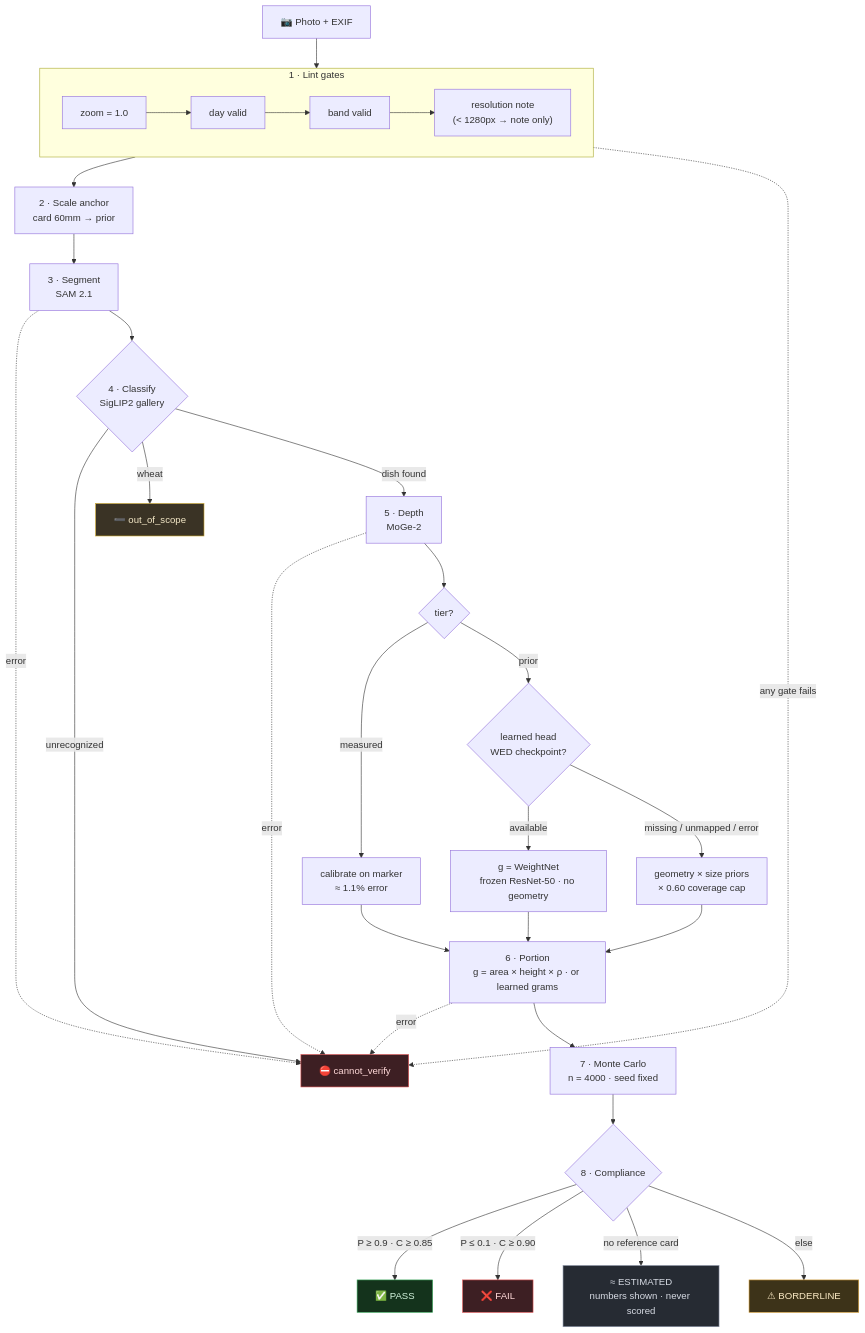
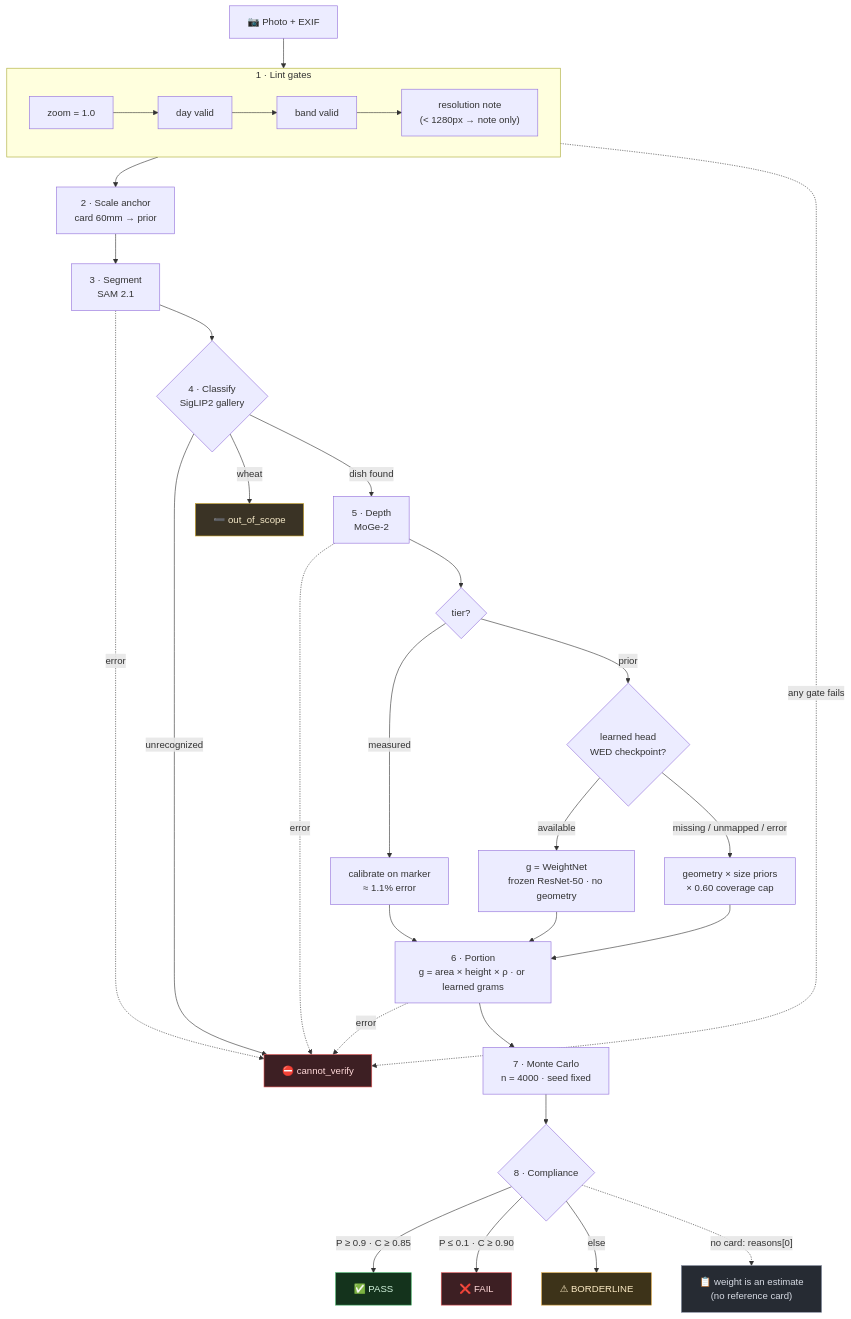
Before and after one commit to Lion4467cat/NutriSense: the diagram in docs/pipeline-test-report.md, drawn with Mermaid. The commit also changed other lines of this file and 23 other files, not shown here.

Commit message:
Graduate no-card plates: scored verdicts with a leading no-reference-card estimate disclaimer (coverage estimated_weight 0.90 vs geometry 0.60), digest 7d3431caec4b (ADR 0002 amendment)

````diff
--- a/docs/pipeline-test-report.md
+++ b/docs/pipeline-test-report.md
@@ -90,50 +99,50 @@
 ```mermaid
 flowchart TD
     IMG["📷 Photo + EXIF"] --> L1
 
     subgraph LINT["1 · Lint gates"]
         direction LR
         L1["zoom = 1.0"] --> L2["day valid"] --> L3["band valid"] --> L4["resolution note<br/>(< 1280px → note only)"]
     end
 
     LINT -.->|"any gate fails"| CV["⛔ cannot_verify"]
     L4 --> A["2 · Scale anchor<br/>card 60mm → prior"]
 
     A --> SEG["3 · Segment<br/>SAM 2.1"]
     SEG -.->|error| CV
     SEG --> CLS{"4 · Classify<br/>SigLIP2 gallery"}
 
     CLS -->|"unrecognized"| CV
     CLS -->|wheat| OOS["➖ out_of_scope"]
     CLS -->|"dish found"| DEPTH["5 · Depth<br/>MoGe-2"]
 
     DEPTH -.->|error| CV
     DEPTH --> TIER{"tier?"}
     TIER -->|measured| CAL["calibrate on marker<br/>≈ 1.1% error"]
     TIER -->|prior| HEAD{"learned head<br/>WED checkpoint?"}
     HEAD -->|available| LEARN["g = WeightNet<br/>frozen ResNet-50 · no geometry"]
     HEAD -->|missing / unmapped / error| SKIP["geometry × size priors<br/>× 0.60 coverage cap"]
     LEARN --> PORT
     SKIP --> PORT
     CAL --> PORT["6 · Portion<br/>g = area × height × ρ · or learned grams"]
     PORT -.->|error| CV
     PORT --> MC["7 · Monte Carlo<br/>n = 4000 · seed fixed"]
 
     MC --> VER{"8 · Compliance"}
     VER -->|"P ≥ 0.9 · C ≥ 0.85"| PASS["✅ PASS"]
     VER -->|"P ≤ 0.1 · C ≥ 0.90"| FAIL["❌ FAIL"]
-    VER -->|no reference card| EST["≈ ESTIMATED<br/>numbers shown · never scored"]
     VER -->|else| BORD["⚠ BORDERLINE"]
+    VER -.->|"no card: reasons[0]"| DISC["📋 weight is an estimate<br/>(no reference card)"]
 
     classDef err fill:#3d1f23,stroke:#e05252,color:#ffd9d9
     classDef oos fill:#3a3325,stroke:#c9a227,color:#f5e9c8
     classDef ok fill:#14331c,stroke:#3fae62,color:#d4f5df
     classDef warn fill:#3d3319,stroke:#d9a13a,color:#fae9c4
     classDef neutral fill:#262b33,stroke:#8b93a7,color:#d7dbe4
     class CV err
     class OOS oos
     class PASS ok
     class FAIL err
     class BORD warn
-    class EST neutral
+    class DISC neutral
 ```
````
